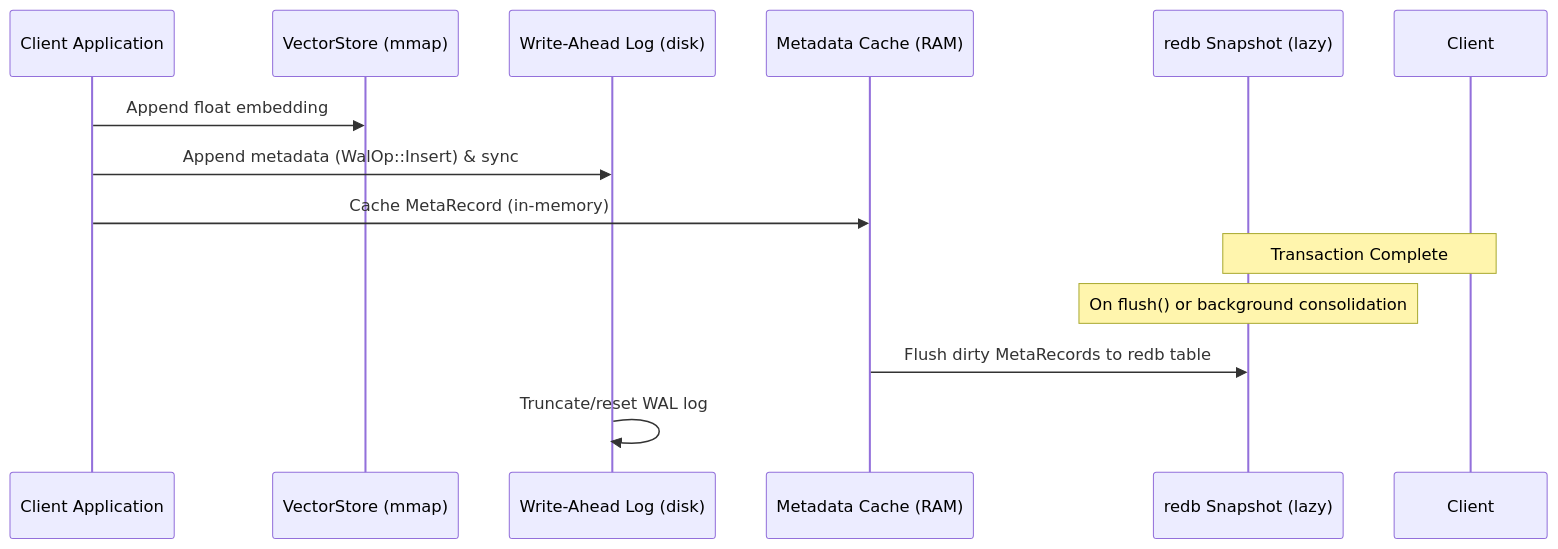
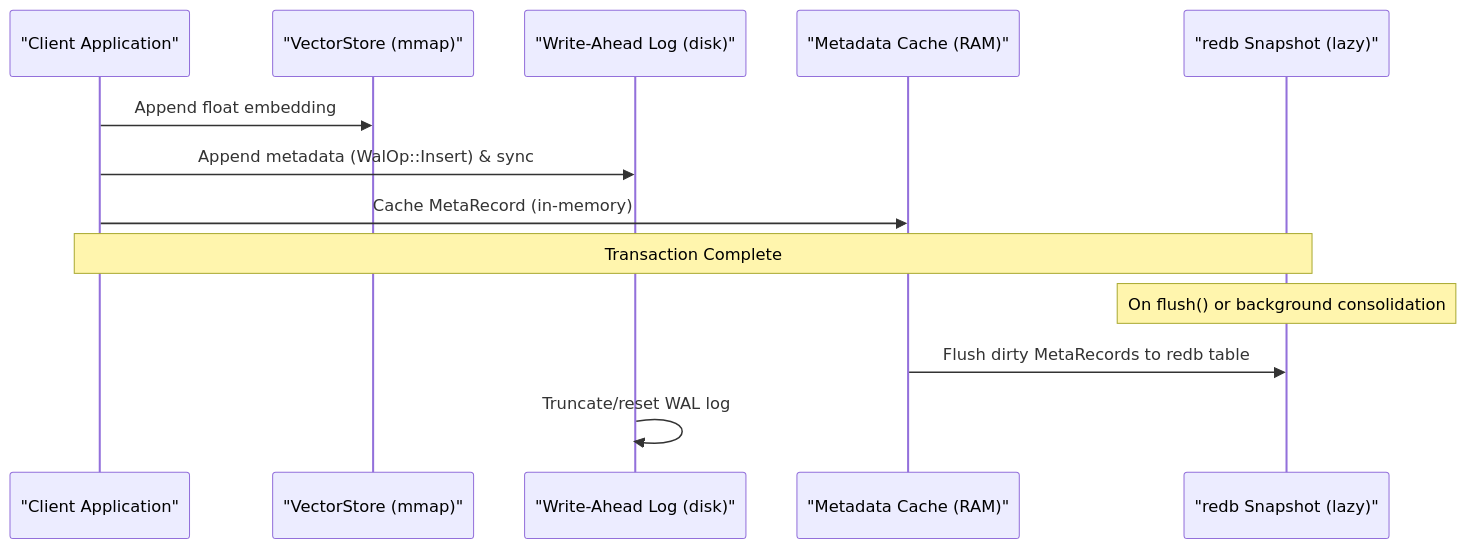
One commit to jatin711-debug/TurboSupermemory changed the second of 3 diagrams in docs/storage_persistence.md. Above: the diagram before and after it, drawn with Mermaid. The commit also changed other lines of this file and 7 other files, not shown here.

````diff
--- a/docs/storage_persistence.md
+++ b/docs/storage_persistence.md
@@ -65,16 +73,16 @@
 ```mermaid
 sequenceDiagram
-    participant App as Client Application
-    participant VS as VectorStore (mmap)
-    participant WAL as Write-Ahead Log (disk)
-    participant Cache as Metadata Cache (RAM)
-    participant redb as redb Snapshot (lazy)
+    participant App as "Client Application"
+    participant VS as "VectorStore (mmap)"
+    participant WAL as "Write-Ahead Log (disk)"
+    participant Cache as "Metadata Cache (RAM)"
+    participant redb as "redb Snapshot (lazy)"
 
     App->>VS: Append float embedding
     App->>WAL: Append metadata (WalOp::Insert) & sync
     App->>Cache: Cache MetaRecord (in-memory)
-    Note over Client, redb: Transaction Complete
+    Note over App, redb: Transaction Complete
     Note over redb: On flush() or background consolidation
     Cache->>redb: Flush dirty MetaRecords to redb table
     WAL->>WAL: Truncate/reset WAL log
 ```
````
